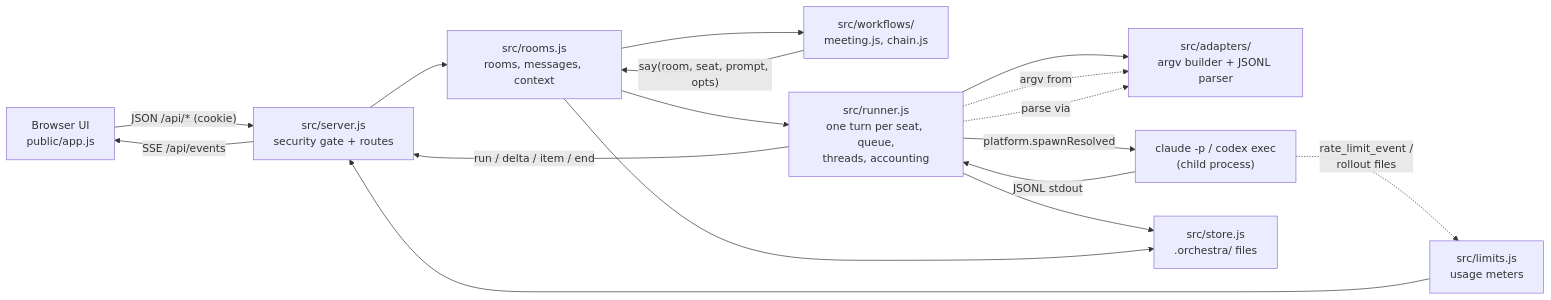
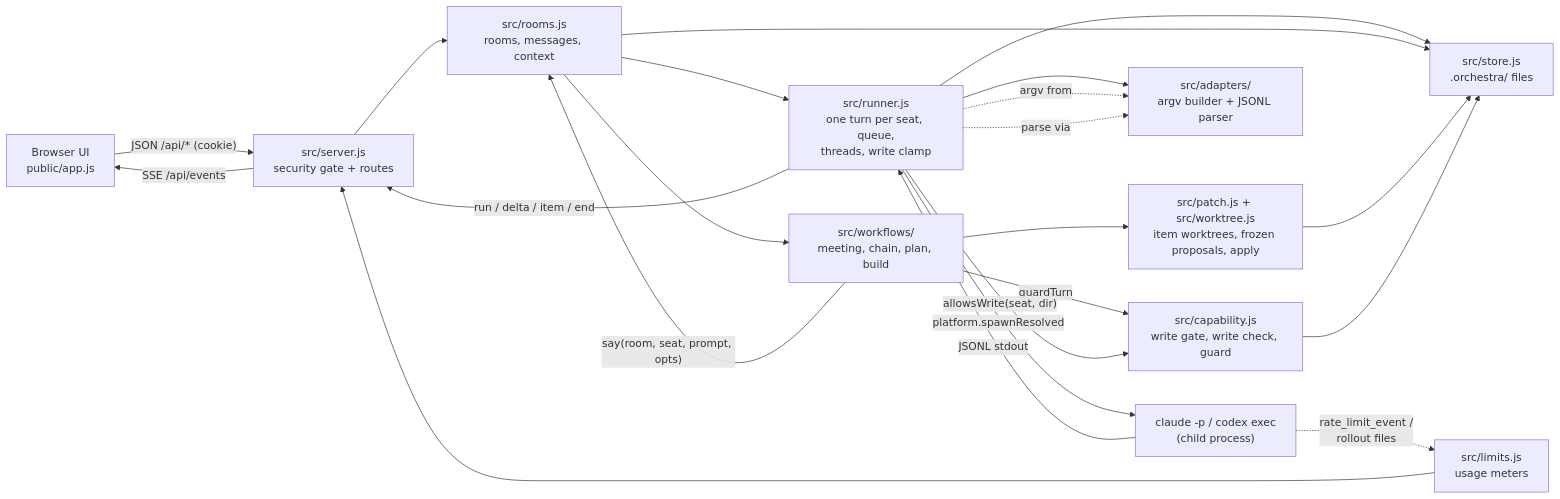
One commit to canerganis/agent-orchestra-board changed the diagram in docs/ARCHITECTURE.md. Above: the diagram before and after it, drawn with Mermaid. The commit also changed other lines of this file and 163 other files, not shown here.

First line of the commit message:
v0.2.0: four modes, Plan Approve Build, gated writes, demo

````diff
--- a/docs/ARCHITECTURE.md
+++ b/docs/ARCHITECTURE.md
@@ -9,19 +11,24 @@
 ```mermaid
 flowchart LR
   UI["Browser UI<br/>public/app.js"] -- "JSON /api/*  (cookie)" --> SRV["src/server.js<br/>security gate + routes"]
   SRV -- "SSE /api/events" --> UI
   SRV --> RM["src/rooms.js<br/>rooms, messages, context"]
-  RM --> WF["src/workflows/<br/>meeting.js, chain.js"]
+  RM --> WF["src/workflows/<br/>meeting, chain, plan, build"]
   WF -- "say(room, seat, prompt, opts)" --> RM
-  RM --> RUN["src/runner.js<br/>one turn per seat, queue,<br/>threads, accounting"]
+  WF --> PB["src/patch.js + src/worktree.js<br/>item worktrees, frozen proposals, apply"]
+  WF -- "guardTurn" --> CAP["src/capability.js<br/>write gate, write check, guard"]
+  RM --> RUN["src/runner.js<br/>one turn per seat, queue,<br/>threads, write clamp"]
+  RUN -- "allowsWrite(seat, dir)" --> CAP
   RUN --> AD["src/adapters/<br/>argv builder + JSONL parser"]
   RUN -- "platform.spawnResolved" --> CLI["claude -p / codex exec<br/>(child process)"]
   RUN -. "argv from" .-> AD
   CLI -- "JSONL stdout" --> RUN
   RUN -. "parse via" .-> AD
   RUN -- "run / delta / item / end" --> SRV
   RUN --> ST["src/store.js<br/>.orchestra/ files"]
   RM --> ST
+  PB --> ST
+  CAP --> ST
   LIM["src/limits.js<br/>usage meters"] --> SRV
   CLI -. "rate_limit_event /<br/>rollout files" .-> LIM
 ```
````
